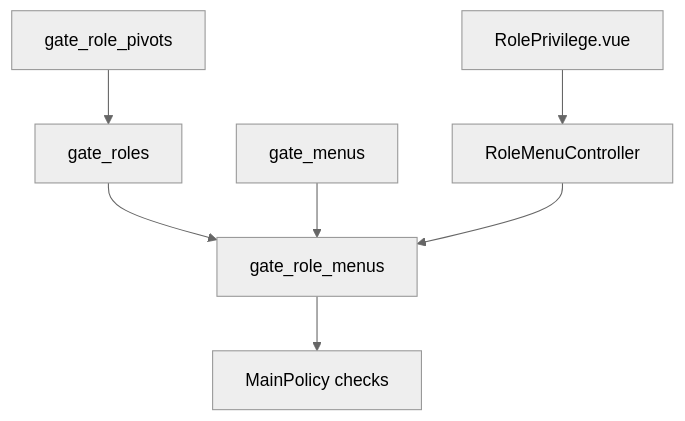
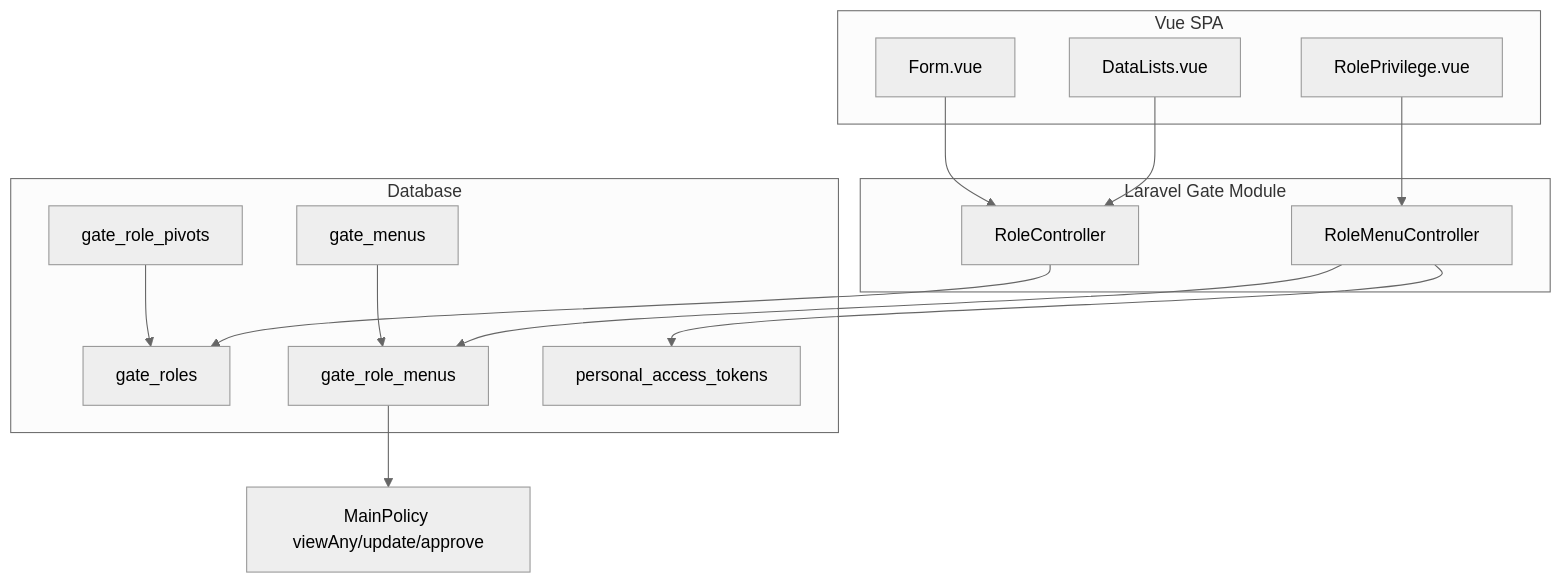
One commit to yendyr/olshoperp-docs changed the first of 2 diagrams in qa-docs/gate-role/technical.md. Above: the diagram before and after it, drawn with Mermaid (neutral theme). The commit also changed other lines of this file and 84 other files, not shown here.

````diff
--- a/qa-docs/gate-role/technical.md
+++ b/qa-docs/gate-role/technical.md
@@ -20,9 +18,28 @@
 ```mermaid
 flowchart TB
-    Role["gate_roles"] --> RM["gate_role_menus"]
-    Menu["gate_menus"] --> RM
-    RM --> Auth["MainPolicy checks"]
-    User["gate_role_pivots"] --> Role
-    FE["RolePrivilege.vue"] --> RMC["RoleMenuController"]
-    RMC --> RM
+    subgraph FE["Vue SPA"]
+        DL[DataLists.vue]
+        FM[Form.vue]
+        RP[RolePrivilege.vue]
+    end
+    subgraph BE["Laravel Gate Module"]
+        RC[RoleController]
+        RMC[RoleMenuController]
+    end
+    subgraph DB["Database"]
+        GR[gate_roles]
+        GRM[gate_role_menus]
+        GM[gate_menus]
+        GRP[gate_role_pivots]
+        PAT[personal_access_tokens]
+    end
+    DL --> RC
+    FM --> RC
+    RP --> RMC
+    RC --> GR
+    RMC --> GRM
+    GM --> GRM
+    GRP --> GR
+    RMC --> PAT
+    GRM --> Auth["MainPolicy viewAny/update/approve"]
 ```
````
